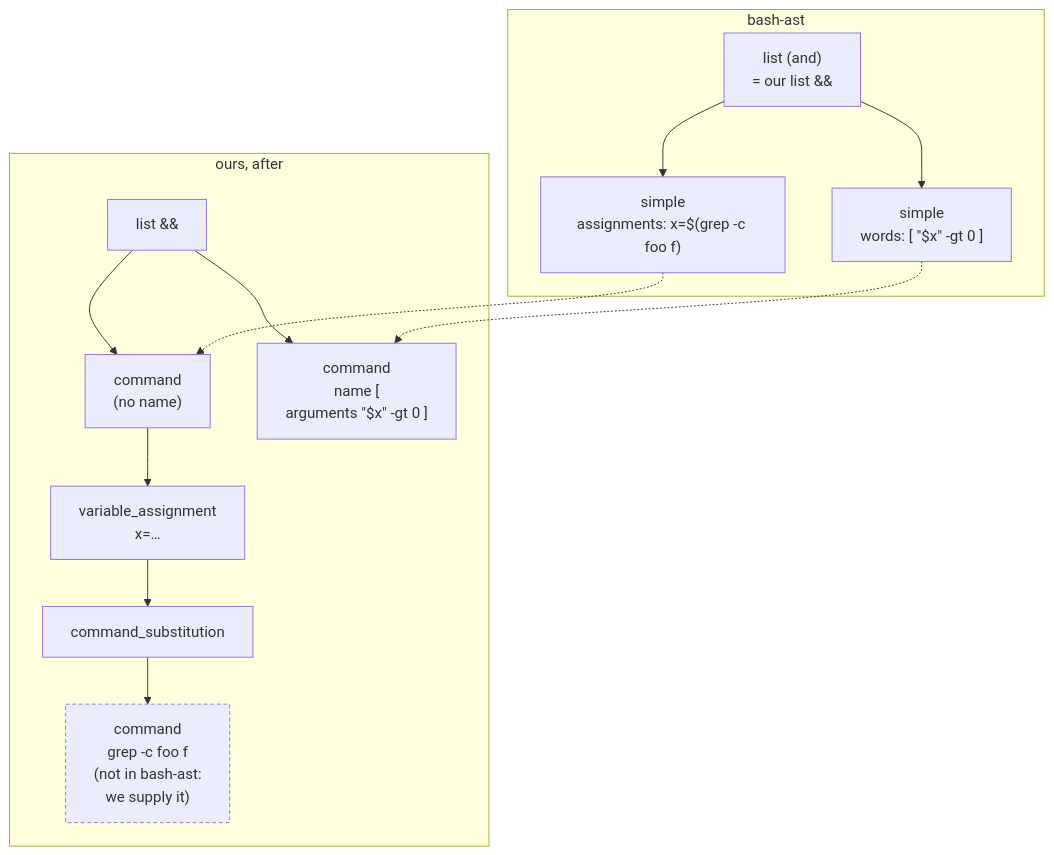
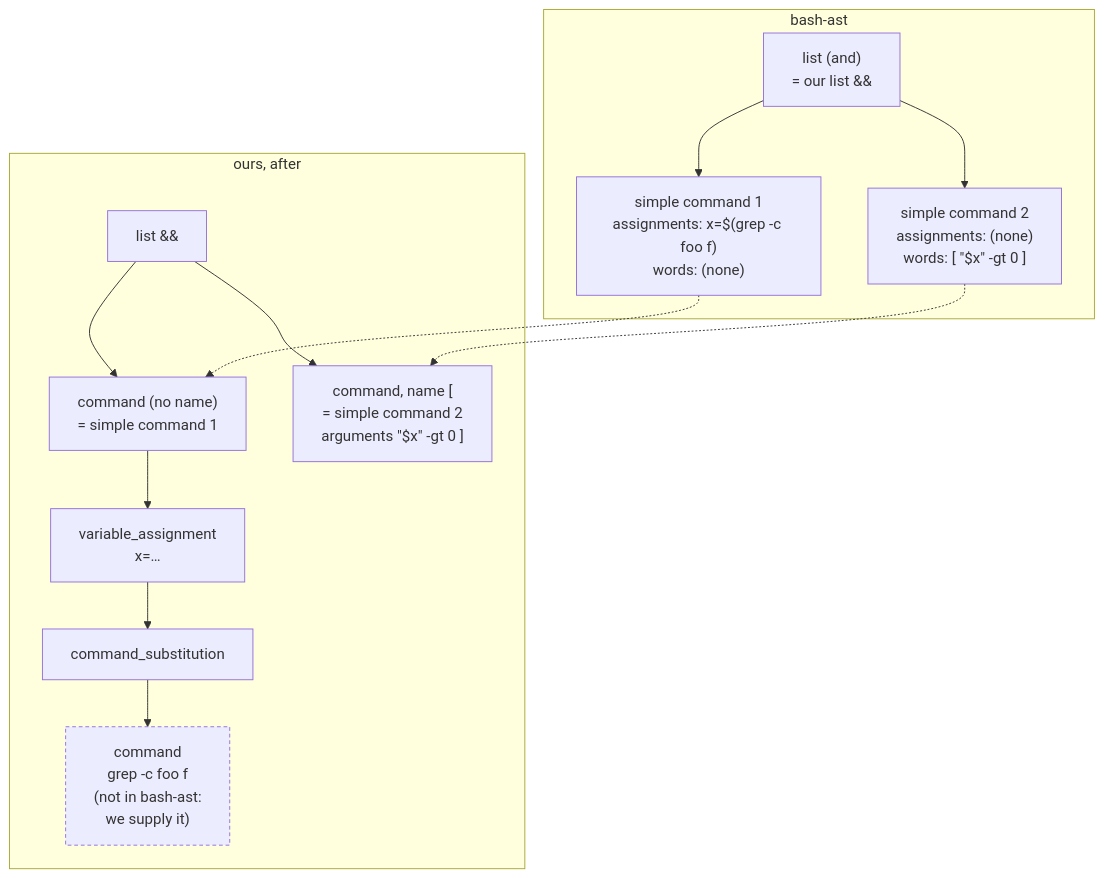
One commit to sf624/bash-explainer changed the second of 3 diagrams in docs/design/syntax-tree.md. Above: the diagram before and after it, drawn with Mermaid. The commit also changed other lines of this file, not shown here.

Commit message:
Design: label bash-ast's two simple commands with both of their fields

````diff
--- a/docs/design/syntax-tree.md
+++ b/docs/design/syntax-tree.md
@@ -217,18 +217,18 @@
 ```mermaid
 flowchart TB
   subgraph bash["bash-ast"]
-    A1["list (and)<br/>= our list #amp;#amp;"] --> A2["simple<br/>assignments: x=$(grep -c foo f)"]
-    A1 --> A3["simple<br/>words: [ #quot;$x#quot; -gt 0 ]"]
+    A1["list (and)<br/>= our list #amp;#amp;"] --> A2["simple command 1<br/>assignments: x=$(grep -c foo f)<br/>words: (none)"]
+    A1 --> A3["simple command 2<br/>assignments: (none)<br/>words: [ #quot;$x#quot; -gt 0 ]"]
   end
   subgraph after["ours, after"]
-    C1["list #amp;#amp;"] --> C2["command<br/>(no name)"]
+    C1["list #amp;#amp;"] --> C2["command (no name)<br/>= simple command 1"]
     C2 --> C3["variable_assignment<br/>x=…"]
     C3 --> C4["command_substitution"]
     C4 --> C5["command<br/>grep -c foo f<br/>(not in bash-ast:<br/>we supply it)"]
-    C1 --> C6["command<br/>name [<br/>arguments #quot;$x#quot; -gt 0 ]"]
+    C1 --> C6["command, name [<br/>= simple command 2<br/>arguments #quot;$x#quot; -gt 0 ]"]
   end
   A2 -.-> C2
   A3 -.-> C6
   classDef supplied stroke-dasharray:4 3
   class C5 supplied
 ```
````
